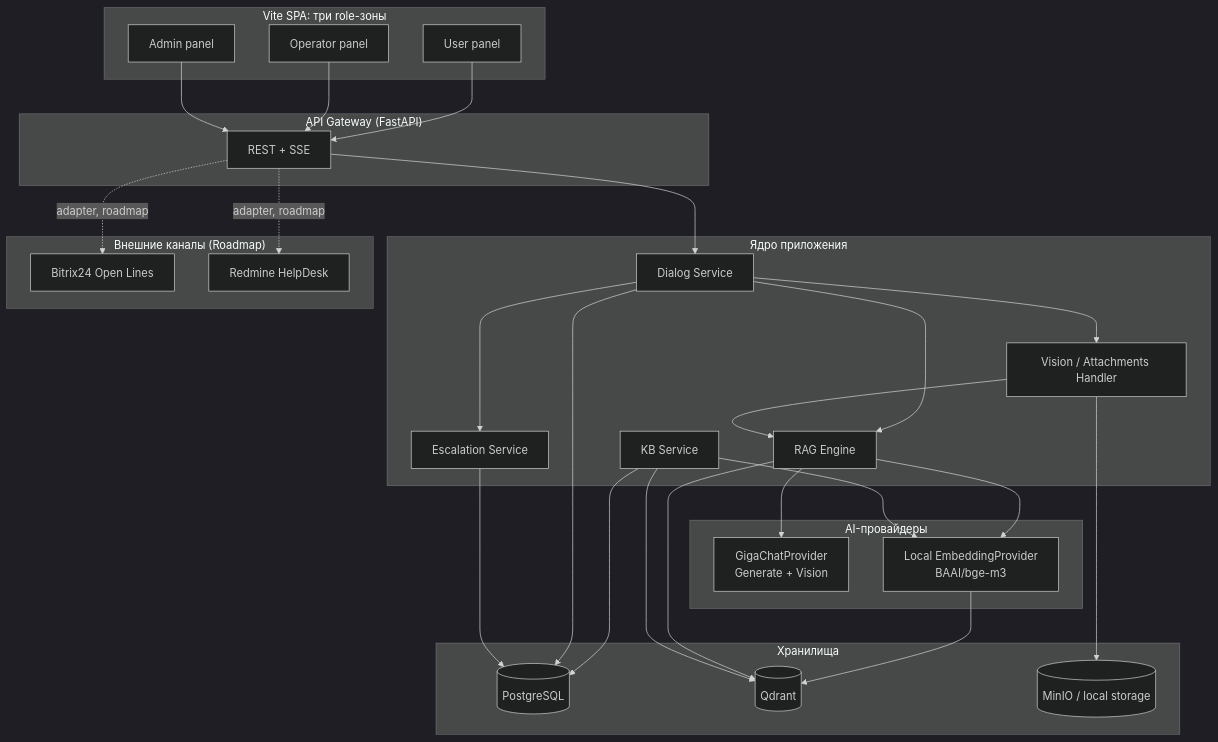
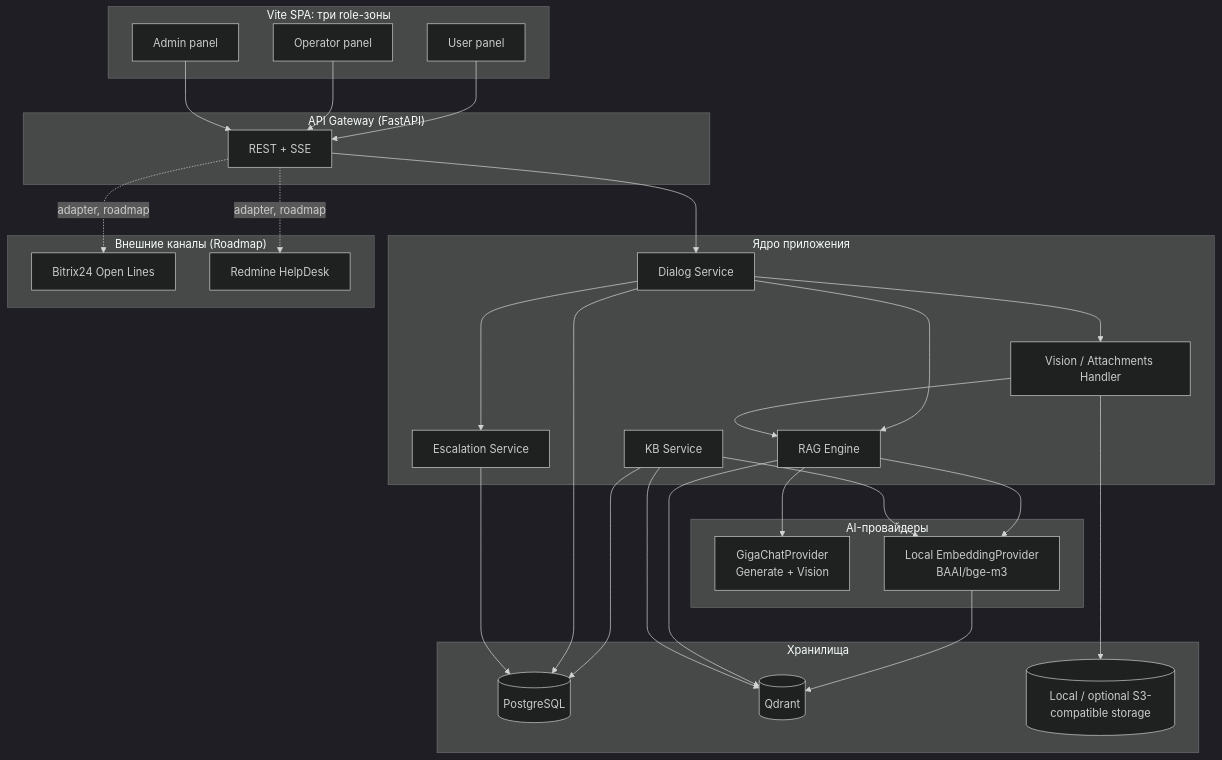
Before and after one commit to MrDoodeth/sber-molvest-hackaton: the first of 2 diagrams in ARCHITECTURE.md, drawn with Mermaid (dark theme). The commit also changed other lines of this file, not shown here.

Commit message:
docs: sync architecture with runtime

````diff
--- a/ARCHITECTURE.md
+++ b/ARCHITECTURE.md
@@ -264,61 +293,61 @@
 ```mermaid
 flowchart TB
     subgraph CLIENT["Vite SPA: три role-зоны"]
         FE["User panel"]
         OP["Operator panel"]
         ADMIN["Admin panel"]
     end
 
     subgraph GW["API Gateway (FastAPI)"]
         API["REST + SSE"]
     end
 
     subgraph CORE["Ядро приложения"]
         DIALOG["Dialog Service"]
         RAG["RAG Engine"]
         VISION["Vision / Attachments Handler"]
         ESCALATION["Escalation Service"]
         KB["KB Service"]
     end
 
     subgraph AI["AI-провайдеры"]
         GIGA["GigaChatProvider<br/>Generate + Vision"]
         EMB["Local EmbeddingProvider<br/>BAAI/bge-m3"]
     end
 
     subgraph DATA["Хранилища"]
         PG[("PostgreSQL")]
         VDB[("Qdrant")]
-        S3[("MinIO / local storage")]
+        S3[("Local / optional S3-compatible storage")]
     end
 
     subgraph EXT["Внешние каналы (Roadmap)"]
         BITRIX["Bitrix24 Open Lines"]
         REDMINE["Redmine HelpDesk"]
     end
 
     FE --> API
     OP --> API
     ADMIN --> API
     API --> DIALOG
     DIALOG --> RAG
     DIALOG --> VISION
     DIALOG --> ESCALATION
 
     VISION --> RAG
     RAG --> EMB
     EMB --> VDB
     RAG --> VDB
     RAG --> GIGA
 
     KB --> EMB
     KB --> VDB
     KB --> PG
 
     DIALOG --> PG
     ESCALATION --> PG
     VISION --> S3
 
     API -.->|adapter, roadmap| BITRIX
     API -.->|adapter, roadmap| REDMINE
 ```
````
